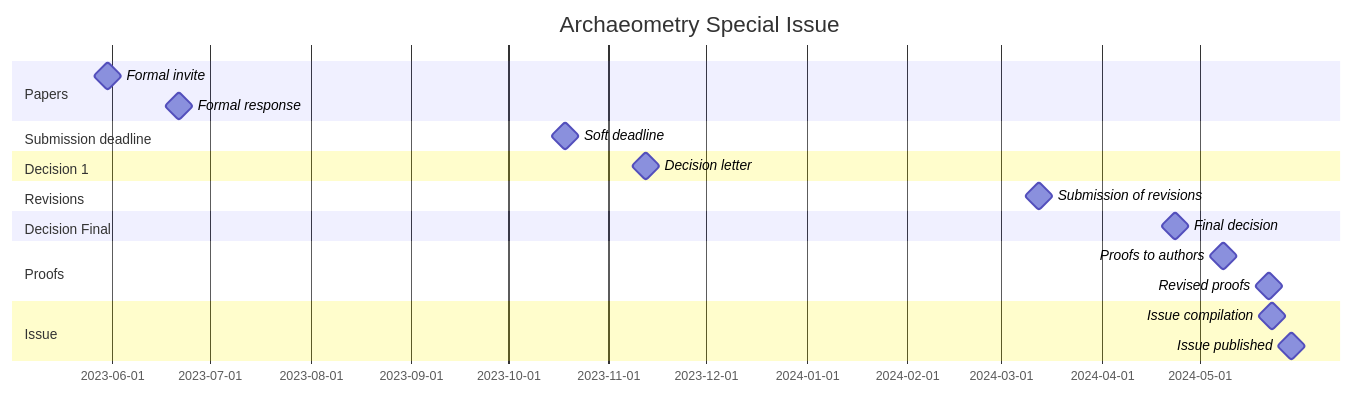
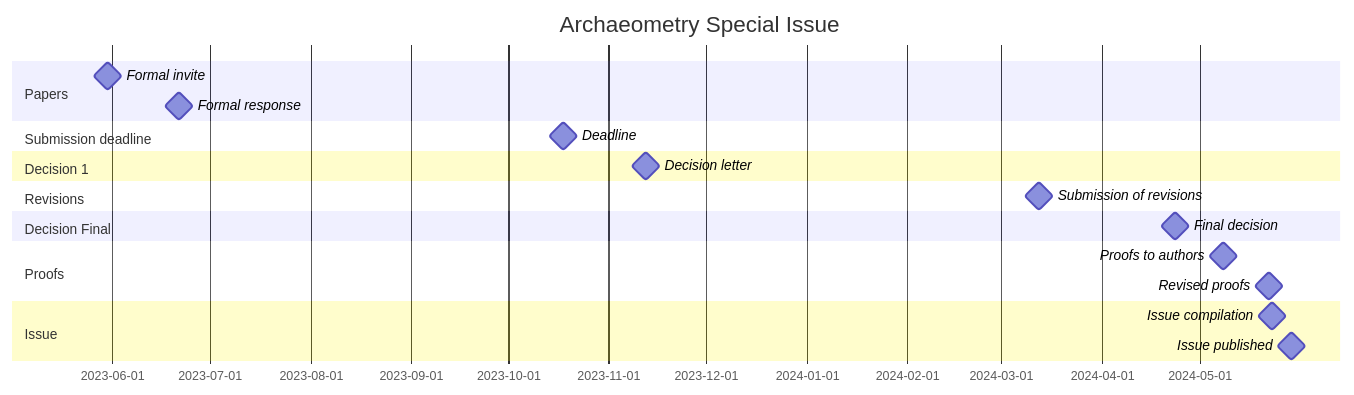
Before and after one commit to historical-time/archaeometry-si: the diagram in README.md, drawn with Mermaid.

Commit message:
change deadline

````diff
--- a/README.md
+++ b/README.md
@@ -8,23 +8,23 @@
 ```mermaid
 gantt
     title Archaeometry Special Issue
     dateFormat  YYYY-MM-DD
     section Papers
     Formal invite              : milestone, m0, 2023-05-30, 1d
     Formal response            : milestone, m0, 2023-06-21, 1d
     section Submission deadline
-    Soft deadline            : milestone, m1, 2023-10-18, 1d
-    %% Hard deadline            : milestone, m1, 2023-11-08, 1d
+    Deadline            : milestone, m1, 2023-10-18, 1d %% Soft deadline
+    %% Hard deadline            : milestone, m1, 2023-11-08, 1d %% Hard deadline
     section Decision 1
     Decision letter          : milestone, m1, 2023-11-12, 1d
     section Revisions
     Submission of revisions	 : milestone, m1, 2024-03-12, 1d
     section Decision Final
     Final decision           : milestone, m2, 2024-04-23, 1d
     section Proofs
     Proofs to authors        : milestone, m2, 2024-05-08, 1d
     Revised proofs           : milestone, m2, 2024-05-22, 1d
     section Issue
     Issue compilation        : milestone, m2, 2024-05-23, 1d
     Issue published          : milestone, m2, 2024-05-29, 1d
 ```
````
